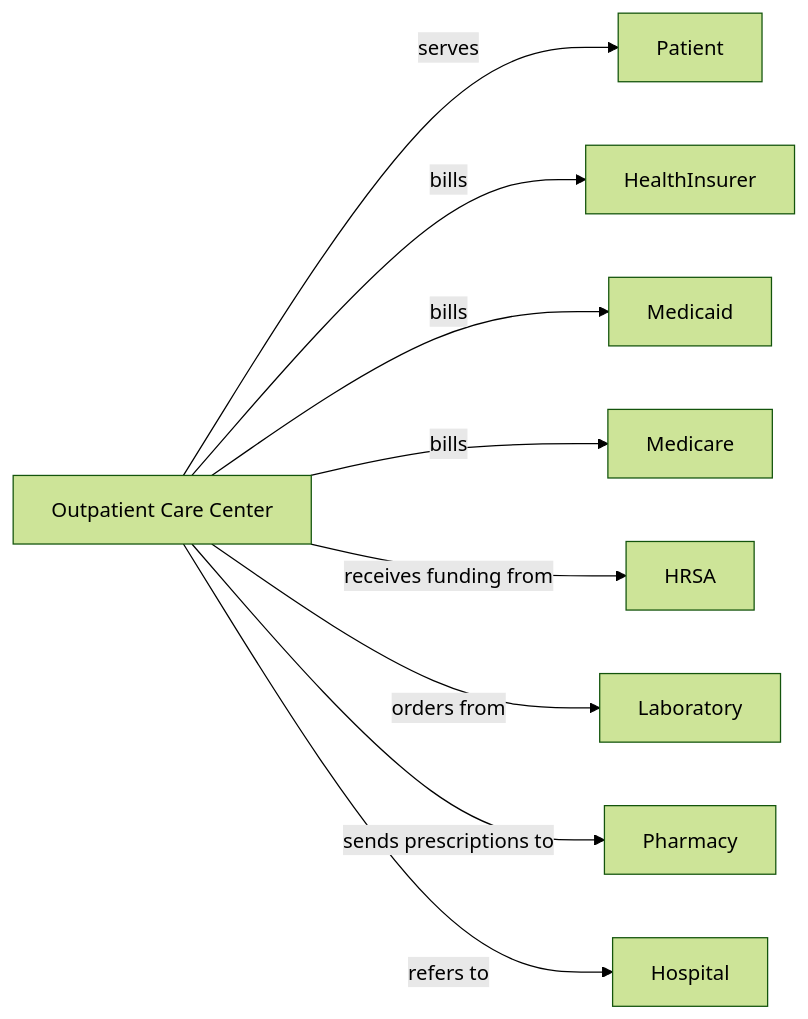
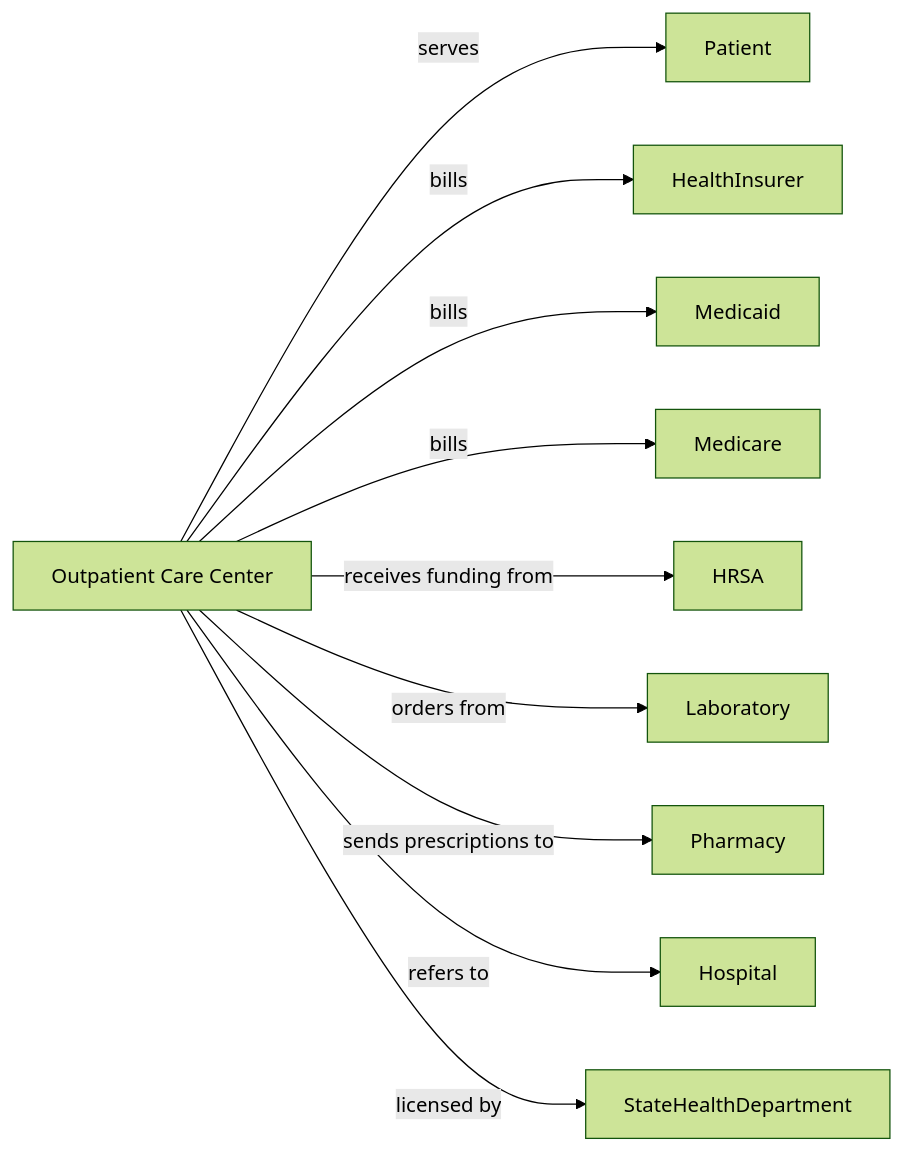
One commit to dot-org-ai/industries.org.ai changed the second of 2 diagrams in HealthCare/AmbulatoryHealthCareServices/OutpatientCareCenters/AllOtherOutpatientCareCenters.mdx. Above: the diagram before and after it, drawn with Mermaid (forest theme). The commit also changed 588 other files, not shown here.

````diff
--- a/HealthCare/AmbulatoryHealthCareServices/OutpatientCareCenters/AllOtherOutpatientCareCenters.mdx
+++ b/HealthCare/AmbulatoryHealthCareServices/OutpatientCareCenters/AllOtherOutpatientCareCenters.mdx
@@ -144,13 +144,14 @@
 ```mermaid
 graph LR
     O[Outpatient Care Center]
 
     O -->|serves| Patient
     O -->|bills| HealthInsurer
     O -->|bills| Medicaid
     O -->|bills| Medicare
     O -->|receives funding from| HRSA
     O -->|orders from| Laboratory
     O -->|sends prescriptions to| Pharmacy
     O -->|refers to| Hospital
+    O -->|licensed by| StateHealthDepartment
 ```
````
